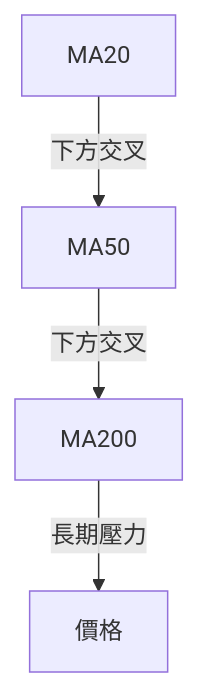
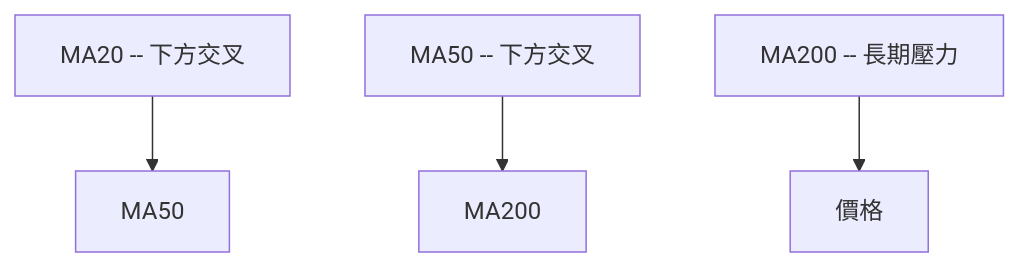
The sixth of 11 diagrams in ai_gen_report/stock/pltr/technical_analysis_2026-04-01_openai.md (yennanliu/finance_data), drawn with Mermaid before and after one commit. The commit also changed other lines of this file and 2258 other files, not shown here.

First line of the commit message:
chore: backfill Mermaid syntax repair across existing reports

````diff
--- a/ai_gen_report/stock/pltr/technical_analysis_2026-04-01_openai.md
+++ b/ai_gen_report/stock/pltr/technical_analysis_2026-04-01_openai.md
@@ -246,6 +246,6 @@
 ```mermaid
 graph TD
-    MA20 -- 下方交叉 --> MA50
-    MA50 -- 下方交叉 --> MA200
-    MA200 -- 長期壓力 --> 價格
+    nb1["MA20 -- 下方交叉"] --> MA50
+    nb2["MA50 -- 下方交叉"] --> MA200
+    nb3["MA200 -- 長期壓力"] --> 價格
 ```
````
